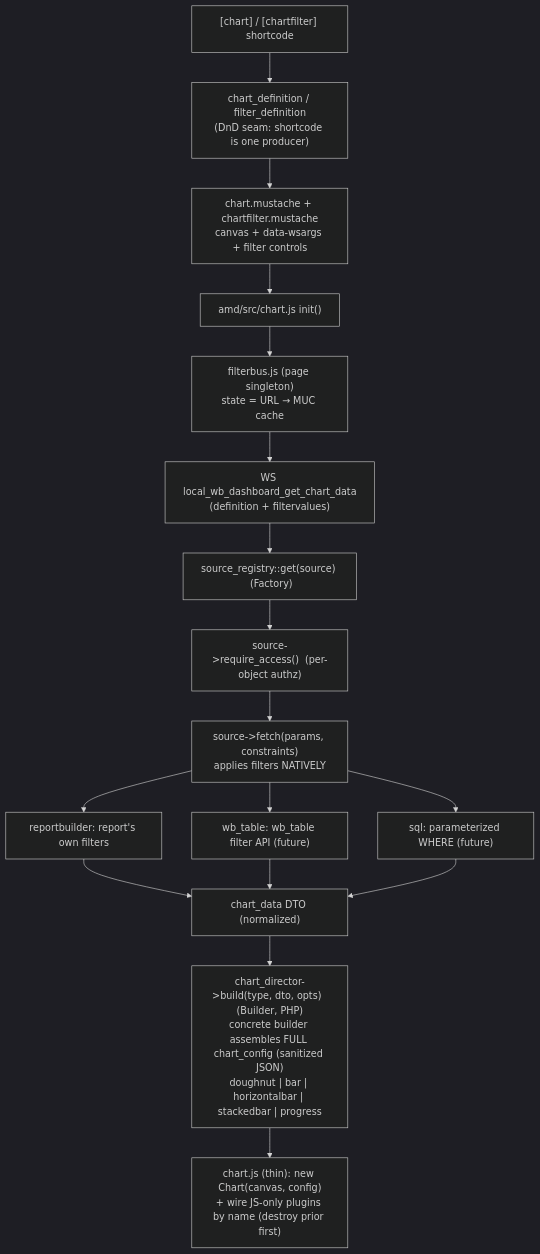
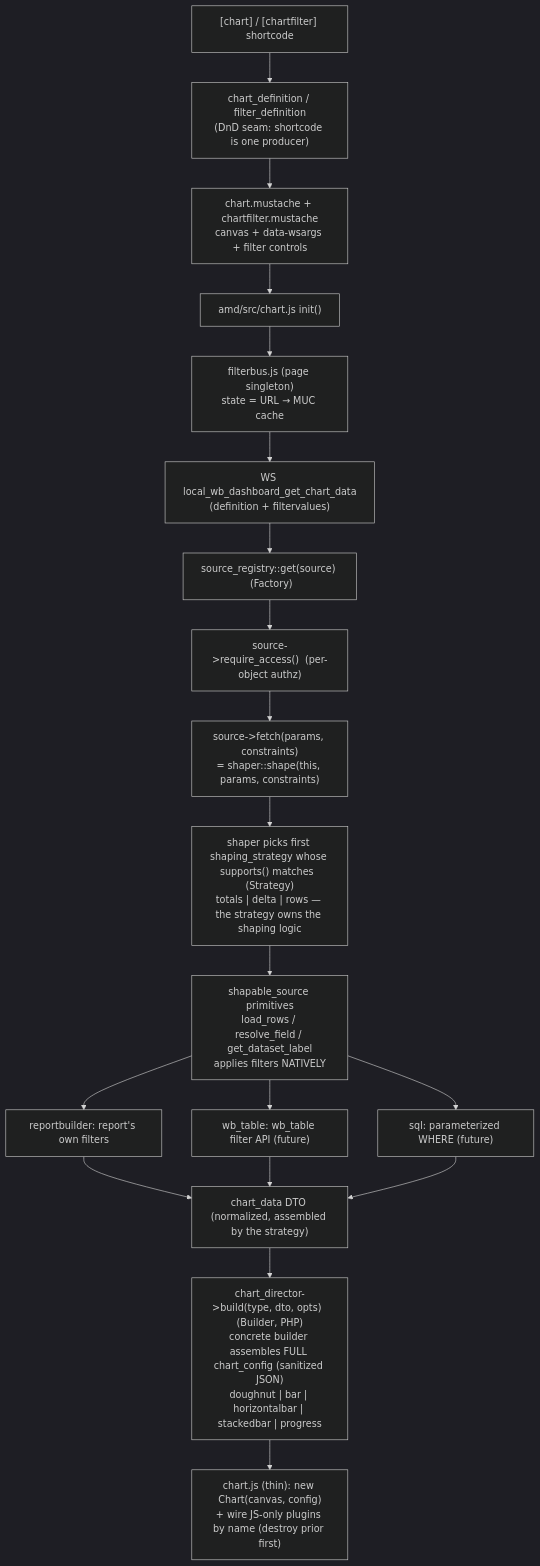
The first of 3 diagrams in docs/architecture.md (Wunderbyte-GmbH/moodle-local_wbdashboard), drawn with Mermaid (dark theme) before and after one commit. The commit also changed other lines of this file and 1 other file, not shown here.

Commit message:
Improvement: Upgraded docs

````diff
--- a/docs/architecture.md
+++ b/docs/architecture.md
@@ -47,19 +55,21 @@
 ```mermaid
 flowchart TD
   SC["[chart] / [chartfilter] shortcode"] --> DEF["chart_definition / filter_definition<br/>(DnD seam: shortcode is one producer)"]
   DEF --> TPL["chart.mustache + chartfilter.mustache<br/>canvas + data-wsargs + filter controls"]
   TPL --> AMD["amd/src/chart.js init()"]
   AMD --> BUS["filterbus.js (page singleton)<br/>state = URL &rarr; MUC cache"]
   BUS --> WS["WS local_wb_dashboard_get_chart_data<br/>(definition + filtervalues)"]
   WS --> REG["source_registry::get(source)  (Factory)"]
   REG --> ACC["source-&gt;require_access()  (per-object authz)"]
-  ACC --> APPLY["source-&gt;fetch(params, constraints)<br/>applies filters NATIVELY"]
-  APPLY --> RB["reportbuilder: report's own filters"]
-  APPLY --> WB["wb_table: wb_table filter API (future)"]
-  APPLY --> SQL["sql: parameterized WHERE (future)"]
-  RB --> DTO["chart_data DTO (normalized)"]
+  ACC --> APPLY["source-&gt;fetch(params, constraints)<br/>= shaper::shape(this, params, constraints)"]
+  APPLY --> STRAT["shaper picks first shaping_strategy whose supports() matches  (Strategy)<br/>totals | delta | rows — the strategy owns the shaping logic"]
+  STRAT --> PRIM["shapable_source primitives<br/>load_rows / resolve_field / get_dataset_label<br/>applies filters NATIVELY"]
+  PRIM --> RB["reportbuilder: report's own filters"]
+  PRIM --> WB["wb_table: wb_table filter API (future)"]
+  PRIM --> SQL["sql: parameterized WHERE (future)"]
+  RB --> DTO["chart_data DTO (normalized, assembled by the strategy)"]
   WB --> DTO
   SQL --> DTO
   DTO --> BUILD["chart_director-&gt;build(type, dto, opts)  (Builder, PHP)<br/>concrete builder assembles FULL chart_config (sanitized JSON)<br/>doughnut | bar | horizontalbar | stackedbar | progress"]
   BUILD --> DRAW["chart.js (thin): new Chart(canvas, config)<br/>+ wire JS-only plugins by name (destroy prior first)"]
 ```
````
